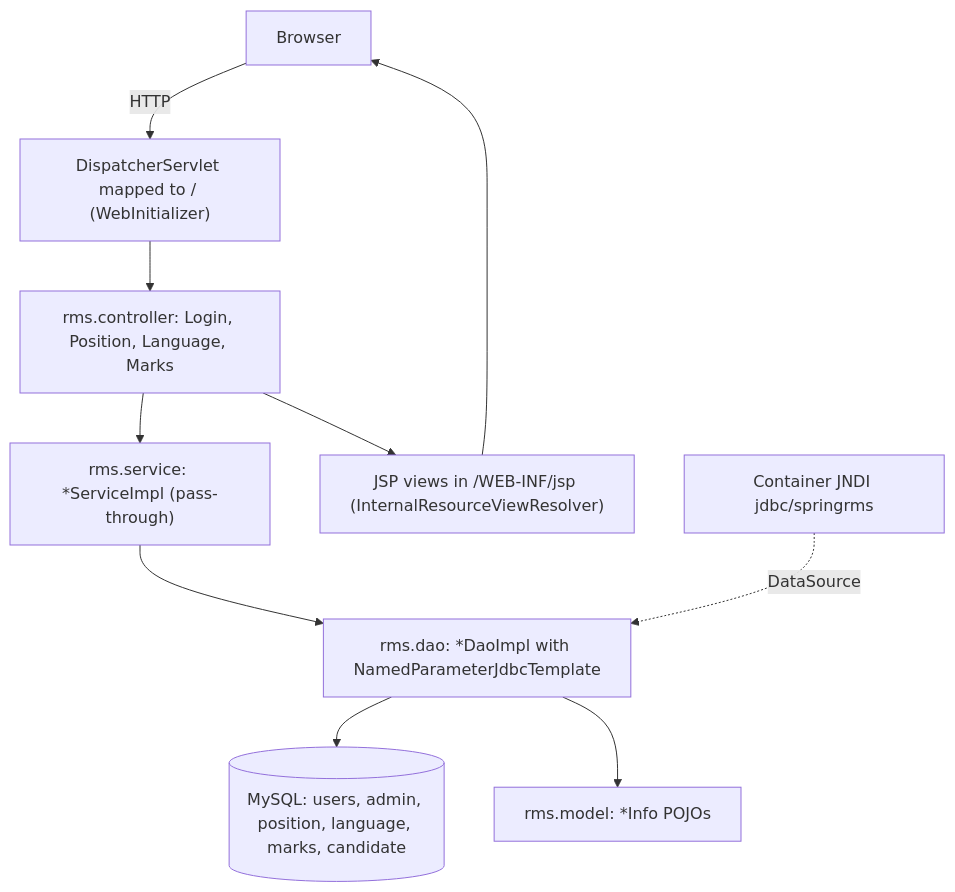
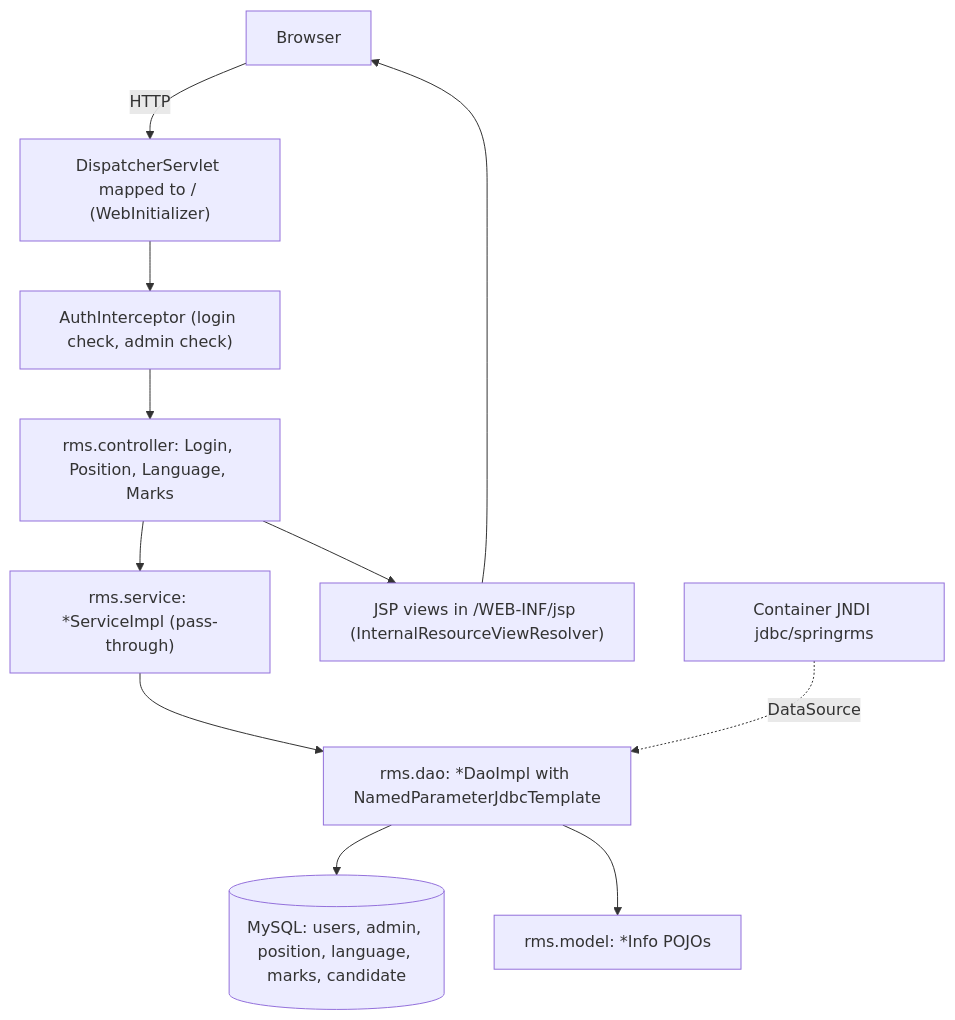
The diagram in docs/architecture.md (rafitsabbir/RMS), drawn with Mermaid before and after one commit. The commit also changed other lines of this file and 15 other files, not shown here.

````diff
--- a/docs/architecture.md
+++ b/docs/architecture.md
@@ -8,12 +8,13 @@
 ```mermaid
 flowchart TB
   U[Browser] -->|HTTP| DS["DispatcherServlet mapped to / (WebInitializer)"]
-  DS --> CTL["rms.controller: Login, Position, Language, Marks"]
+  DS --> AI["AuthInterceptor (login check, admin check)"]
+  AI --> CTL["rms.controller: Login, Position, Language, Marks"]
   CTL --> SVC["rms.service: *ServiceImpl (pass-through)"]
   SVC --> DAO["rms.dao: *DaoImpl with NamedParameterJdbcTemplate"]
   DAO --> DB[("MySQL: users, admin, position, language, marks, candidate")]
   DAO --> M["rms.model: *Info POJOs"]
   CTL --> V["JSP views in /WEB-INF/jsp (InternalResourceViewResolver)"]
   V --> U
   JNDI["Container JNDI jdbc/springrms"] -.->|DataSource| DAO
 ```
````
